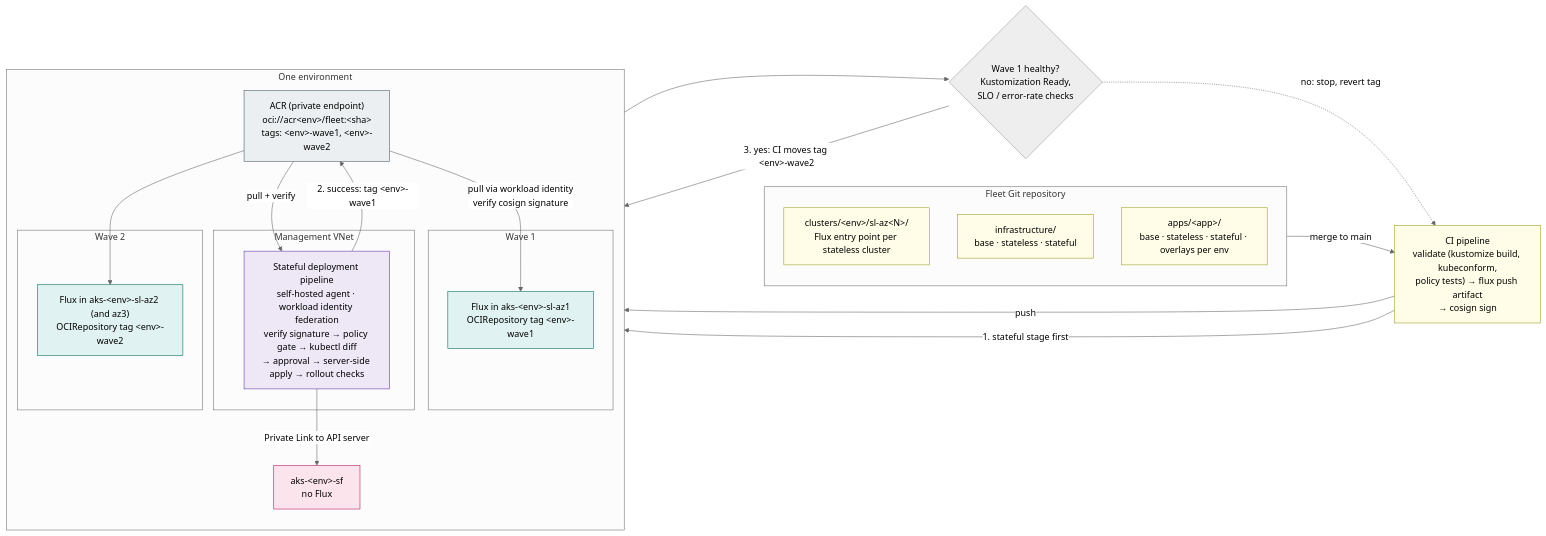
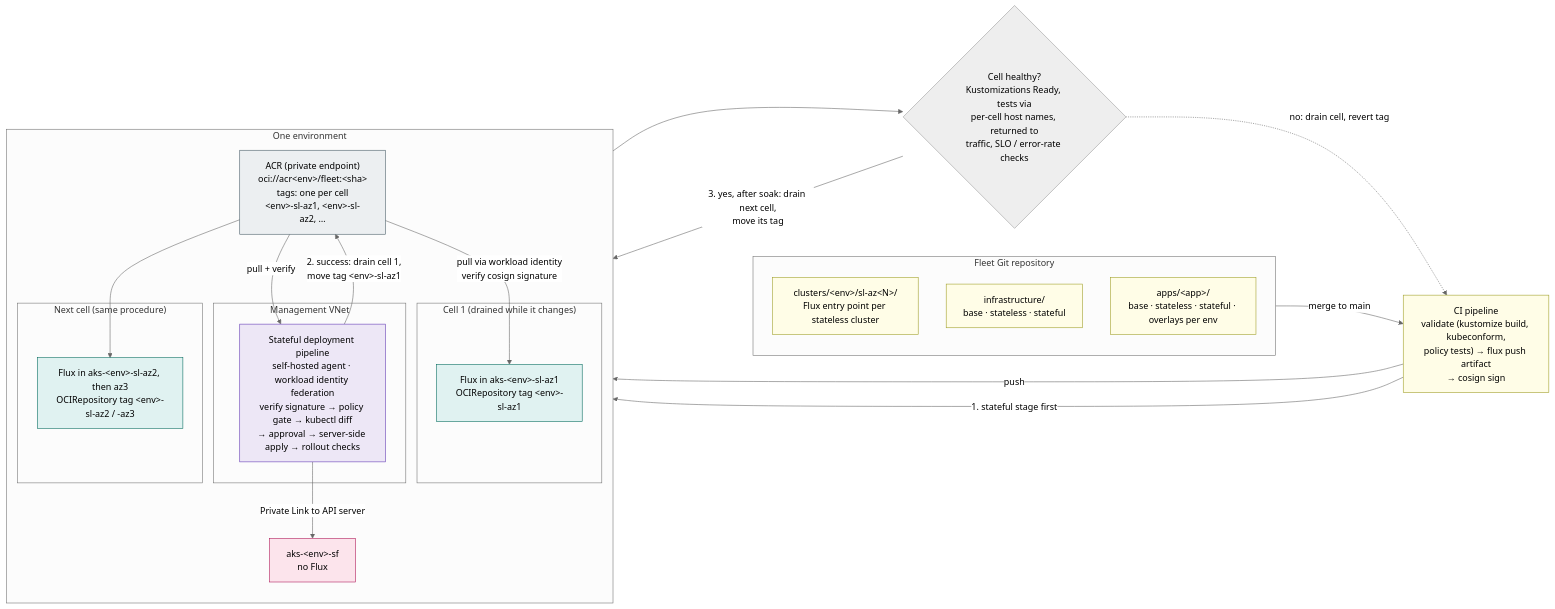
Before and after one commit to olljanat-ai/aks-design: the diagram in diagrams/10-gitops-flux.mmd, drawn with Mermaid (neutral theme). The commit also changed 4 other files, not shown here.

First line of the commit message:
Release one cell at a time with cell affinity, adopt cell terminology

```diff
--- a/diagrams/10-gitops-flux.mmd
+++ b/diagrams/10-gitops-flux.mmd
@@ -1,51 +1,51 @@
 %% One fleet repository, one signed OCI artifact per commit in each environment's private ACR.
-%% Stateless clusters pull it with FluxCD in waves; the stateful cluster gets it from a CI/CD pipeline that runs on
+%% Stateless clusters (cells) pull it with FluxCD, one cell at a time while that cell is drained; the stateful cluster gets it from a CI/CD pipeline that runs on
 %% agents in the management network (the only network that reaches its private API server).
 flowchart LR
     subgraph GIT["Fleet Git repository"]
         direction TB
         g_cl["clusters/&lt;env&gt;/sl-az&lt;N&gt;/<br/>Flux entry point per stateless cluster"]
         g_inf["infrastructure/<br/>base · stateless · stateful"]
         g_app["apps/&lt;app&gt;/<br/>base · stateless · stateful · overlays per env"]
     end
 
     ci["CI pipeline<br/>validate (kustomize build, kubeconform,<br/>policy tests) → flux push artifact<br/>→ cosign sign"]
 
     subgraph ENV["One environment"]
         direction TB
-        acr["ACR (private endpoint)<br/>oci://acr&lt;env&gt;/fleet:&lt;sha&gt;<br/>tags: &lt;env&gt;-wave1, &lt;env&gt;-wave2"]
+        acr["ACR (private endpoint)<br/>oci://acr&lt;env&gt;/fleet:&lt;sha&gt;<br/>tags: one per cell<br/>&lt;env&gt;-sl-az1, &lt;env&gt;-sl-az2, …"]
         subgraph MG["Management VNet"]
             sfp["Stateful deployment pipeline<br/>self-hosted agent · workload identity federation<br/>verify signature → policy gate → kubectl diff<br/>→ approval → server-side apply → rollout checks"]
         end
         f3["aks-&lt;env&gt;-sf<br/>no Flux"]
-        subgraph W1["Wave 1"]
-            f1["Flux in aks-&lt;env&gt;-sl-az1<br/>OCIRepository tag &lt;env&gt;-wave1"]
+        subgraph W1["Cell 1 (drained while it changes)"]
+            f1["Flux in aks-&lt;env&gt;-sl-az1<br/>OCIRepository tag &lt;env&gt;-sl-az1"]
         end
-        subgraph W2["Wave 2"]
-            f2["Flux in aks-&lt;env&gt;-sl-az2 (and az3)<br/>OCIRepository tag &lt;env&gt;-wave2"]
+        subgraph W2["Next cell (same procedure)"]
+            f2["Flux in aks-&lt;env&gt;-sl-az2, then az3<br/>OCIRepository tag &lt;env&gt;-sl-az2 / -az3"]
         end
     end
 
-    gate{"Wave 1 healthy?<br/>Kustomization Ready,<br/>SLO / error-rate checks"}
+    gate{"Cell healthy?<br/>Kustomizations Ready, tests via<br/>per-cell host names, returned to<br/>traffic, SLO / error-rate checks"}
 
     GIT -->|"merge to main"| ci -->|"push"| acr
     ci -->|"1. stateful stage first"| sfp
     acr -->|"pull + verify"| sfp
     sfp -->|"Private Link to API server"| f3
-    sfp -->|"2. success: tag &lt;env&gt;-wave1"| acr
+    sfp -->|"2. success: drain cell 1,<br/>move tag &lt;env&gt;-sl-az1"| acr
     acr -->|"pull via workload identity<br/>verify cosign signature"| f1
     f1 --> gate
-    gate -->|"3. yes: CI moves tag &lt;env&gt;-wave2"| acr
-    gate -.->|"no: stop, revert tag"| ci
+    gate -->|"3. yes, after soak: drain next cell,<br/>move its tag"| acr
+    gate -.->|"no: drain cell, revert tag"| ci
     acr --> f2
 
     classDef note fill:#fffde7,stroke:#9e9d24,color:#000
     classDef sl fill:#e0f2f1,stroke:#00695c,color:#000
     classDef sf fill:#fce4ec,stroke:#ad1457,color:#000
     classDef paas fill:#eceff1,stroke:#455a64,color:#000
     classDef hub fill:#ede7f6,stroke:#5e35b1,color:#000
     class g_cl,g_inf,g_app,ci note
     class f1,f2 sl
     class f3 sf
     class sfp hub
     class acr paas
```
